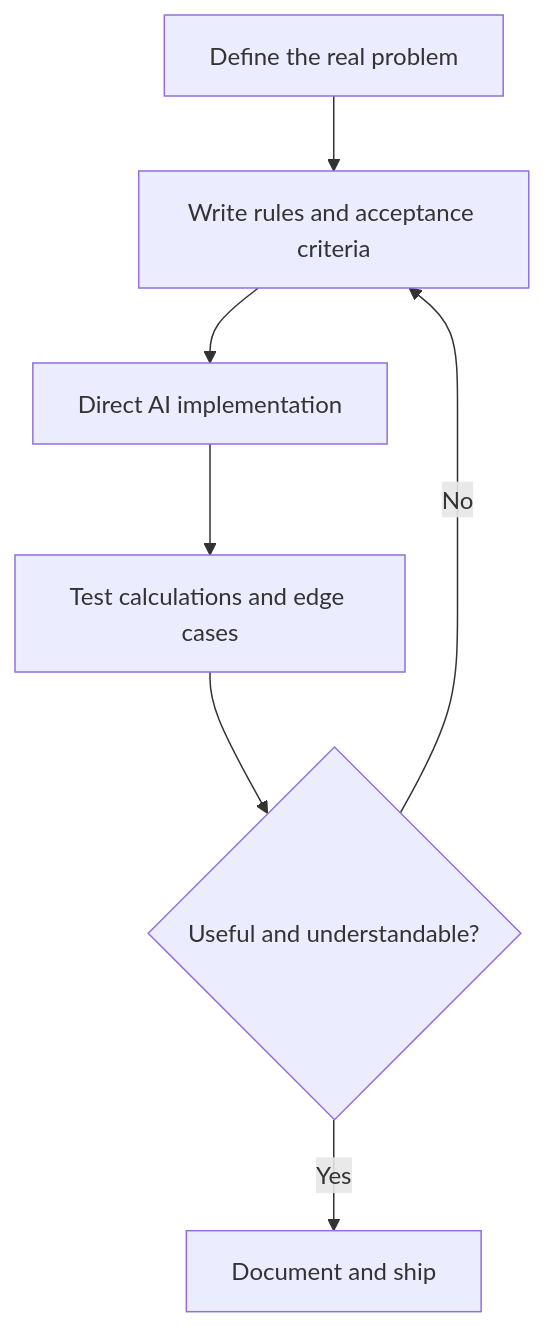
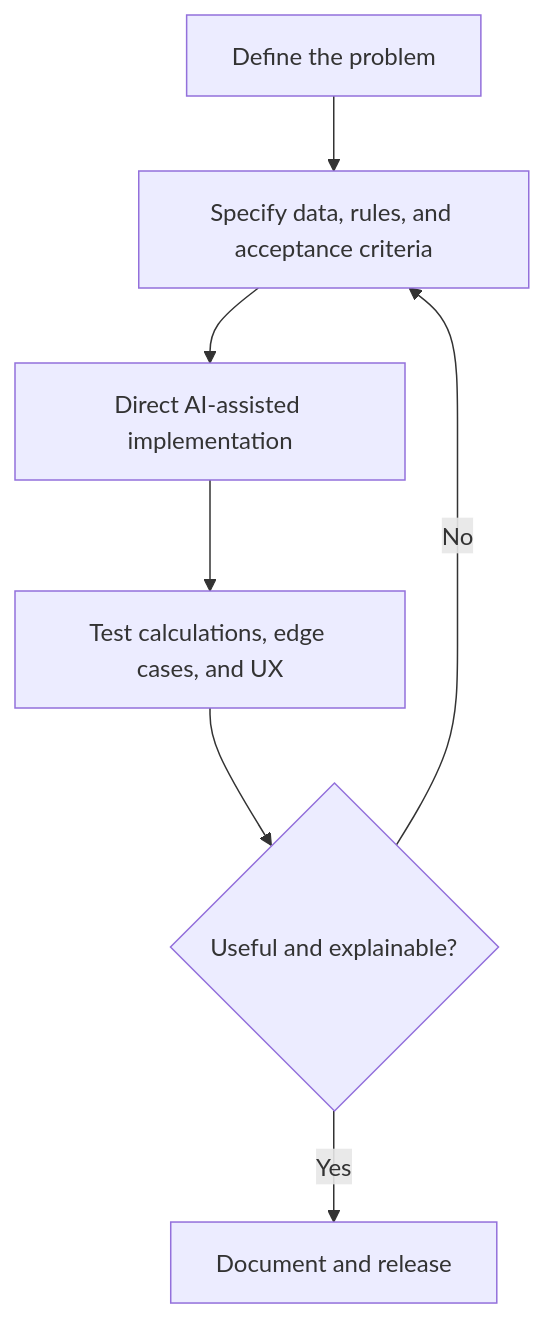
Before and after one commit to 0xtrvkc/0xtrvkc: the second of 2 diagrams in README.md, drawn with Mermaid. The commit also changed other lines of this file, not shown here.

````diff
--- a/README.md
+++ b/README.md
@@ -58,9 +82,9 @@
 ```mermaid
 flowchart TD
-    A[Define the real problem] --> B[Write rules and acceptance criteria]
-    B --> C[Direct AI implementation]
-    C --> D[Test calculations and edge cases]
-    D --> E{Useful and understandable?}
+    A[Define the problem] --> B[Specify data, rules, and acceptance criteria]
+    B --> C[Direct AI-assisted implementation]
+    C --> D[Test calculations, edge cases, and UX]
+    D --> E{Useful and explainable?}
     E -- No --> B
-    E -- Yes --> F[Document and ship]
+    E -- Yes --> F[Document and release]
 ```
````
